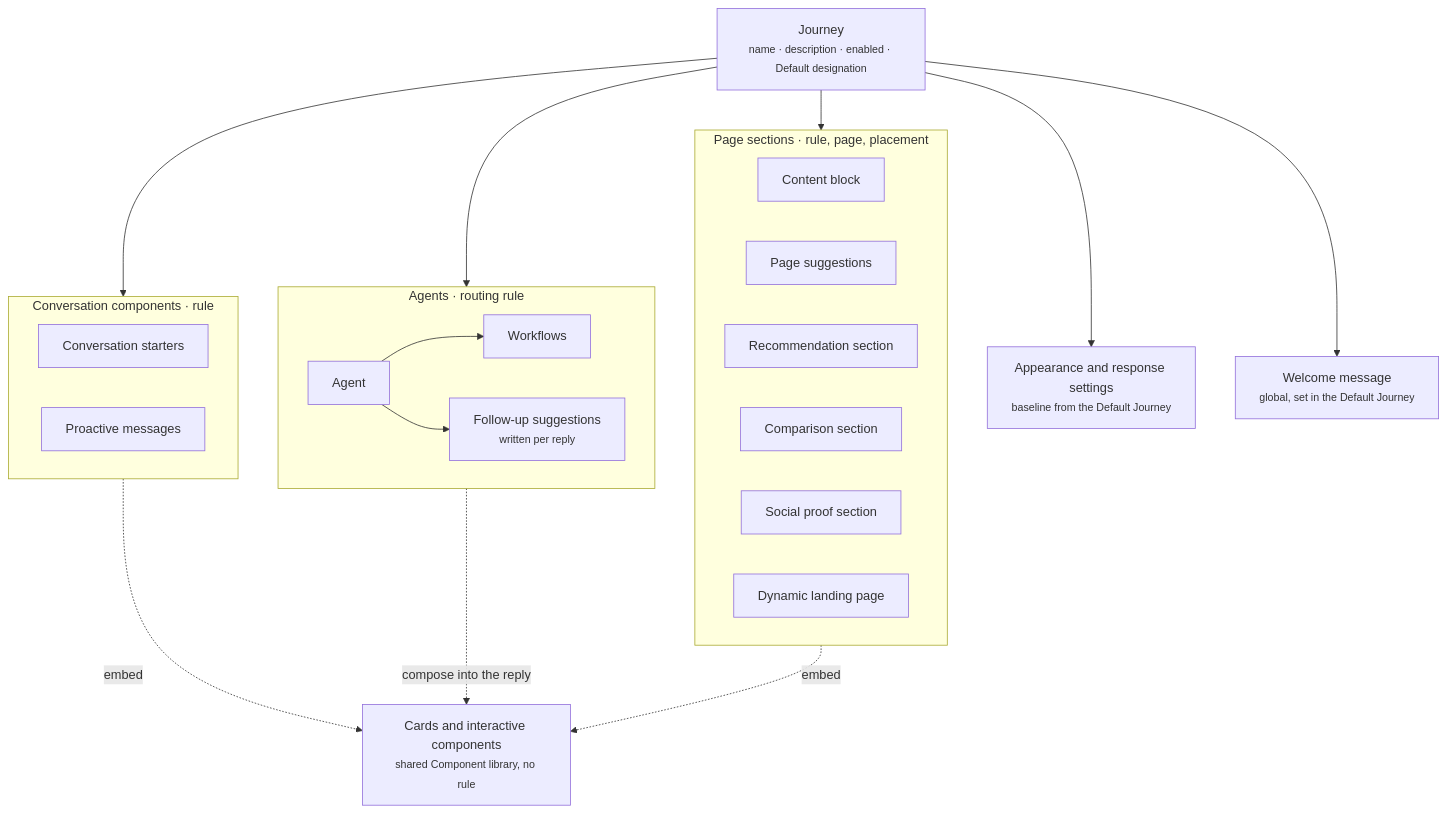
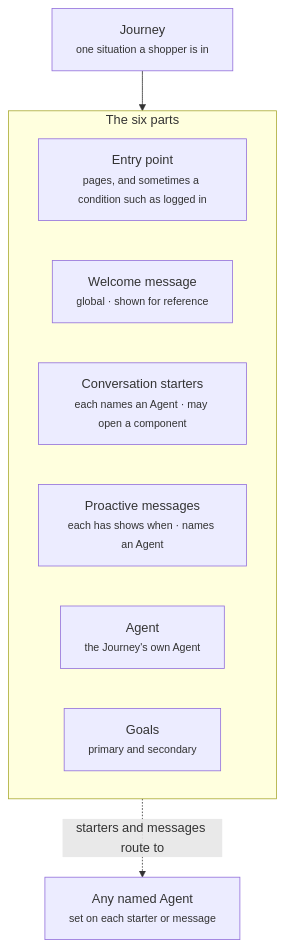
The diagram in orchestration/journeys.mdx (crossword-ai/docs), drawn with Mermaid before and after one commit. The commit also changed other lines of this file and 89 other files, not shown here.

First line of the commit message:
docs: restructure around the Journey and Agent board, add screenshots

````diff
--- a/orchestration/journeys.mdx
+++ b/orchestration/journeys.mdx
@@ -14,31 +12,14 @@
 ```mermaid
 flowchart TB
-  J["Journey<br/><small>name · description · enabled · Default designation</small>"]
-  J --> CONV
-  J --> AG
-  J --> PAGE
-  J --> SET["Appearance and response settings<br/><small>baseline from the Default Journey</small>"]
-  WMG["Welcome message<br/><small>global, set in the Default Journey</small>"]
-  J --> WMG
-  subgraph CONV["Conversation components · rule"]
-    CS["Conversation starters"]
-    PM["Proactive messages"]
+  J["Journey<br/><small>one situation a shopper is in</small>"]
+  J --> PARTS
+  subgraph PARTS["The six parts"]
+    EP["Entry point<br/><small>pages, and sometimes a condition such as logged in</small>"]
+    WM["Welcome message<br/><small>global · shown for reference</small>"]
+    CS["Conversation starters<br/><small>each names an Agent · may open a component</small>"]
+    PM["Proactive messages<br/><small>each has shows when · names an Agent</small>"]
+    AG["Agent<br/><small>the Journey's own Agent</small>"]
+    GO["Goals<br/><small>primary and secondary</small>"]
   end
-  subgraph AG["Agents · routing rule"]
-    A1["Agent"] --> WF["Workflows"]
-    FU["Follow-up suggestions<br/><small>written per reply</small>"]
-    A1 --> FU
-  end
-  subgraph PAGE["Page sections · rule, page, placement"]
-    CB["Content block"]
-    PS["Page suggestions"]
-    RS["Recommendation section"]
-    CMP["Comparison section"]
-    SP["Social proof section"]
-    DL["Dynamic landing page"]
-  end
-  LIB["Cards and interactive components<br/><small>shared Component library, no rule</small>"]
-  CONV -. "embed" .-> LIB
-  AG -. "compose into the reply" .-> LIB
-  PAGE -. "embed" .-> LIB
+  PARTS -. "starters and messages route to" .-> NA["Any named Agent<br/><small>set on each starter or message</small>"]
 ```
````
